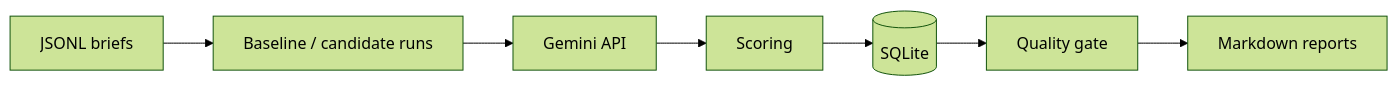
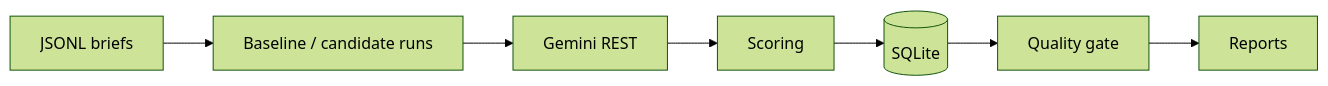
The diagram in README.md (LorenzoInc99/lego-campaign-evaluation-gate), drawn with Mermaid (forest theme) before and after one commit. The commit also changed other lines of this file, not shown here.

First line of the commit message:
README: anchor to job posting, mapping table, full JD in details, chapter flow

````diff
--- a/README.md
+++ b/README.md
@@ -40,9 +115,9 @@
 ```mermaid
 flowchart LR
   JSONL[JSONL briefs] --> RUN[Baseline / candidate runs]
-  RUN --> API[Gemini API]
+  RUN --> API[Gemini REST]
   API --> SCORE[Scoring]
   SCORE --> DB[(SQLite)]
   DB --> GATE[Quality gate]
-  GATE --> MD[Markdown reports]
+  GATE --> MD[Reports]
 ```
````
